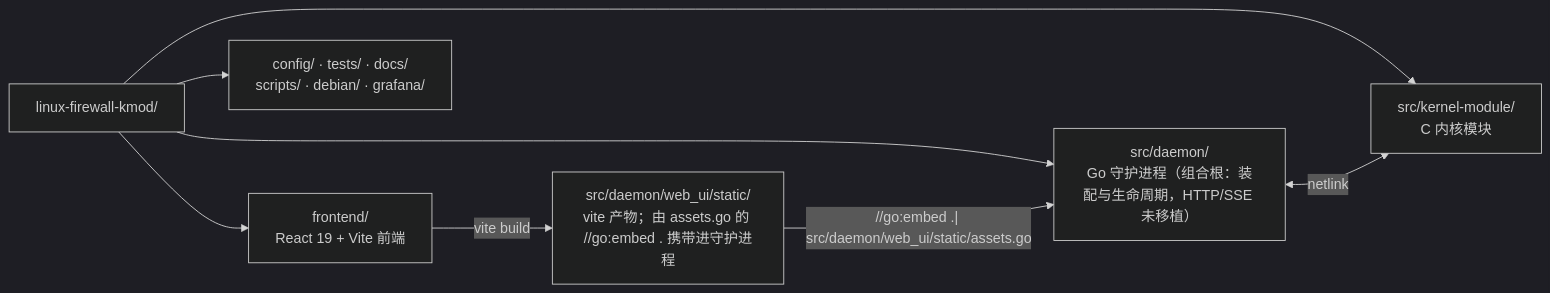
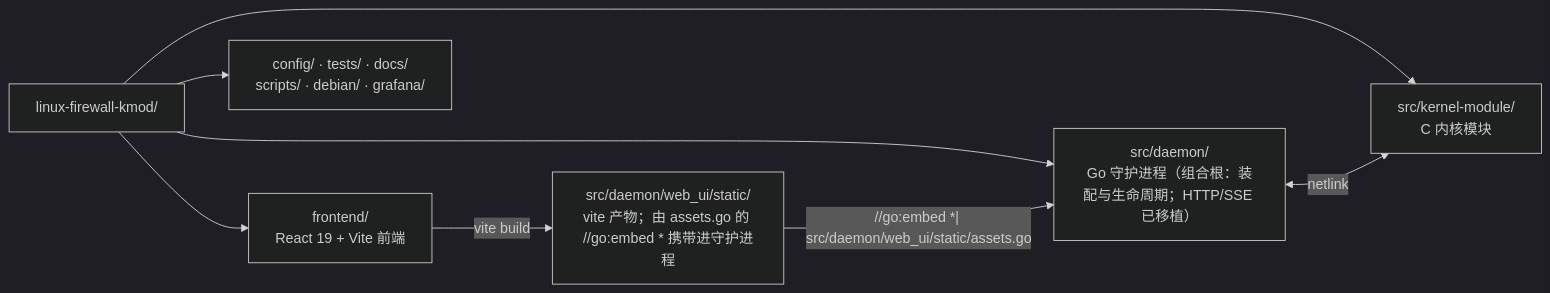
One commit to SnowCore8/linux-firewall-kmod changed the diagram in docs/zh/development/README.md. Above: the diagram before and after it, drawn with Mermaid (dark theme). The commit also changed other lines of this file and 24 other files, not shown here.

````diff
--- a/docs/zh/development/README.md
+++ b/docs/zh/development/README.md
@@ -30,17 +30,17 @@
 ```mermaid
 graph LR
     ROOT["linux-firewall-kmod/"]
     KERNEL["src/kernel-module/<br/>C 内核模块"]
-    DAEMON["src/daemon/<br/>Go 守护进程（组合根：装配与生命周期，HTTP/SSE 未移植）"]
+    DAEMON["src/daemon/<br/>Go 守护进程（组合根：装配与生命周期；HTTP/SSE 已移植）"]
     FRONTEND["frontend/<br/>React 19 + Vite 前端"]
-    STATIC["src/daemon/web_ui/static/<br/>vite 产物；由 assets.go 的 //go:embed . 携带进守护进程"]
+    STATIC["src/daemon/web_ui/static/<br/>vite 产物；由 assets.go 的 //go:embed * 携带进守护进程"]
     SUPPORT["config/ · tests/ · docs/<br/>scripts/ · debian/ · grafana/"]
 
     ROOT --> KERNEL
     ROOT --> DAEMON
     ROOT --> FRONTEND
     ROOT --> SUPPORT
     FRONTEND -->|"vite build"| STATIC
-    STATIC -->|"//go:embed .| src/daemon/web_ui/static/assets.go"| DAEMON
+    STATIC -->|"//go:embed *| src/daemon/web_ui/static/assets.go"| DAEMON
     DAEMON <-->|"netlink"| KERNEL
 ```
````
